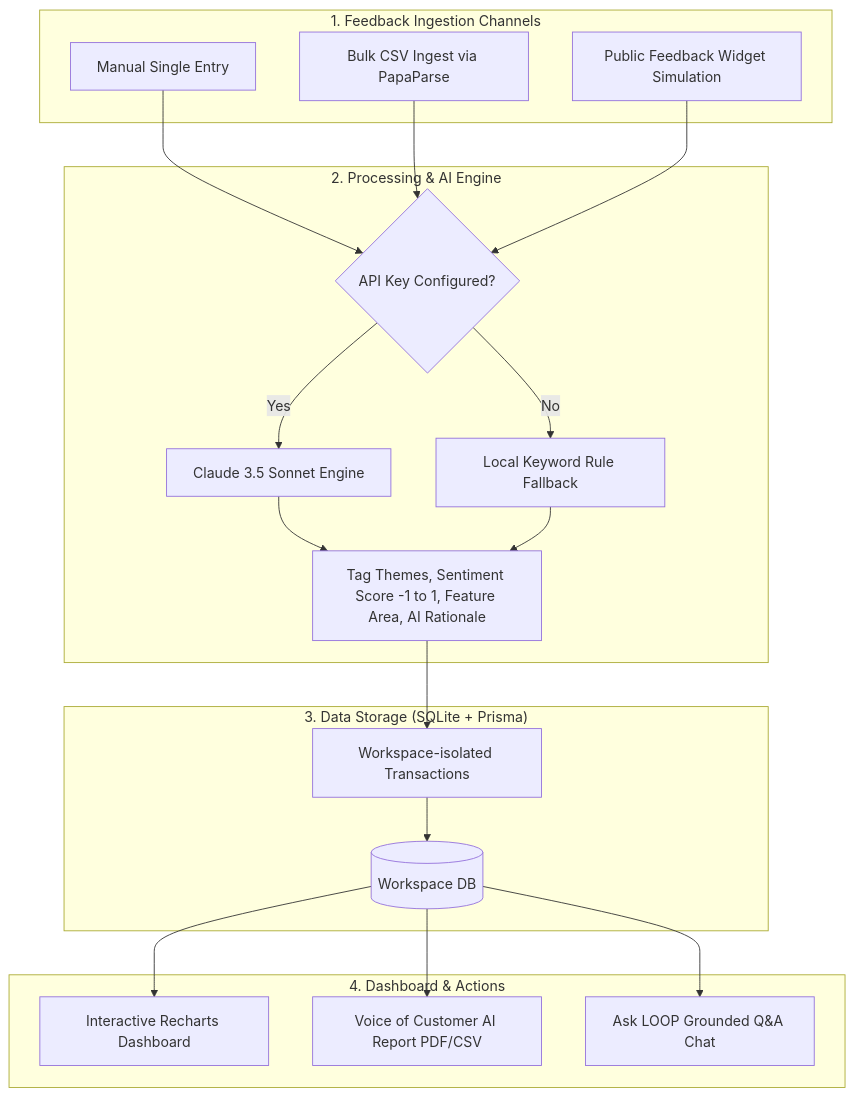
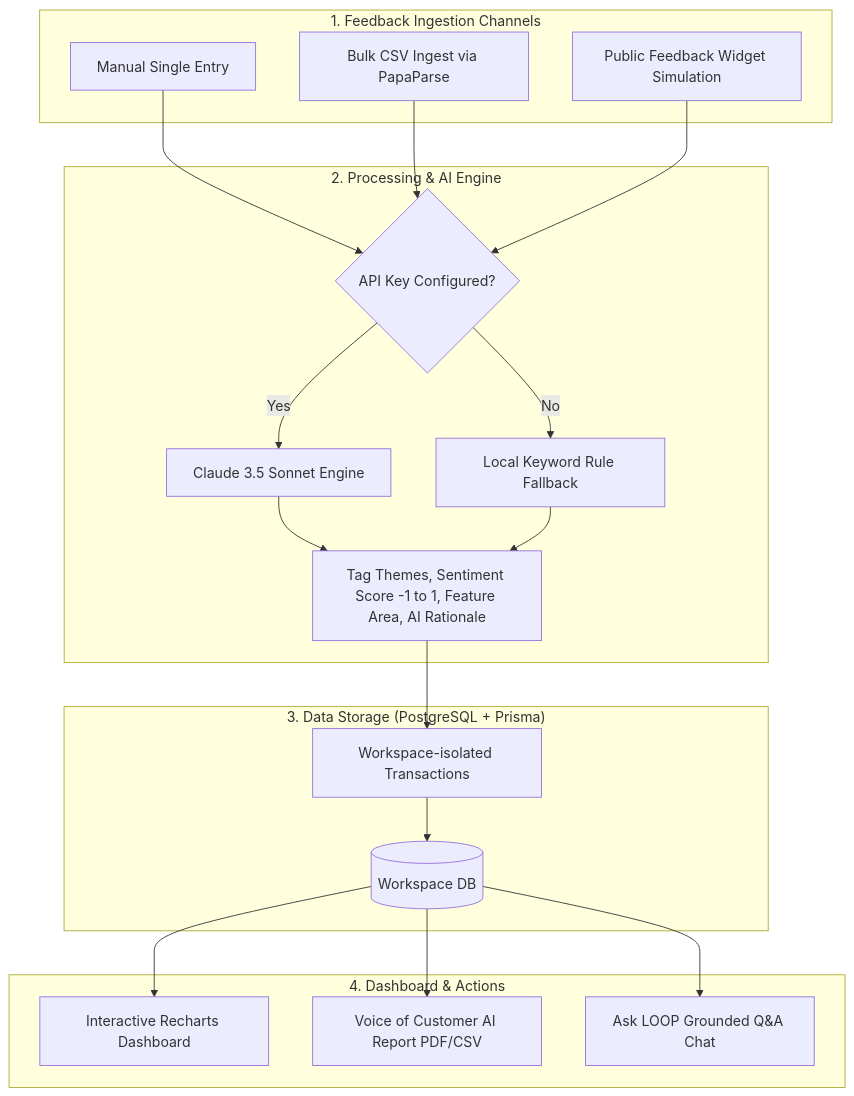
The first of 2 diagrams in README.md (amitkumarpatra99/AI_Customer_Feedback_Platform), drawn with Mermaid before and after one commit. The commit also changed other lines of this file, not shown here.

Commit message:
feat: update database from SQLite to PostgreSQL in README and enhance authentication details

````diff
--- a/README.md
+++ b/README.md
@@ -13,37 +13,37 @@
 ```mermaid
 graph TD
     %% Ingestion Sources
     subgraph Ingestion ["1. Feedback Ingestion Channels"]
         A1[Manual Single Entry]
         A2[Bulk CSV Ingest via PapaParse]
         A3[Public Feedback Widget Simulation]
     end
 
     %% AI Pipeline
     subgraph AIPipeline ["2. Processing & AI Engine"]
         B1{API Key Configured?}
         B1 -- Yes --> B2[Claude 3.5 Sonnet Engine]
         B1 -- No --> B3[Local Keyword Rule Fallback]
         B2 --> B4[Tag Themes, Sentiment Score -1 to 1, Feature Area, AI Rationale]
         B3 --> B4
     end
 
     %% Database Storage
-    subgraph Storage ["3. Data Storage (SQLite + Prisma)"]
+    subgraph Storage ["3. Data Storage (PostgreSQL + Prisma)"]
         C1[(Workspace DB)]
         C2[Workspace-isolated Transactions]
     end
 
     %% Analytics & Actions
     subgraph Consumption ["4. Dashboard & Actions"]
         D1[Interactive Recharts Dashboard]
         D2[Voice of Customer AI Report PDF/CSV]
         D3[Ask LOOP Grounded Q&A Chat]
     end
 
     %% Flow connections
     A1 & A2 & A3 --> B1
     B4 --> C2
     C2 --> C1
     C1 --> D1 & D2 & D3
 ```
````
